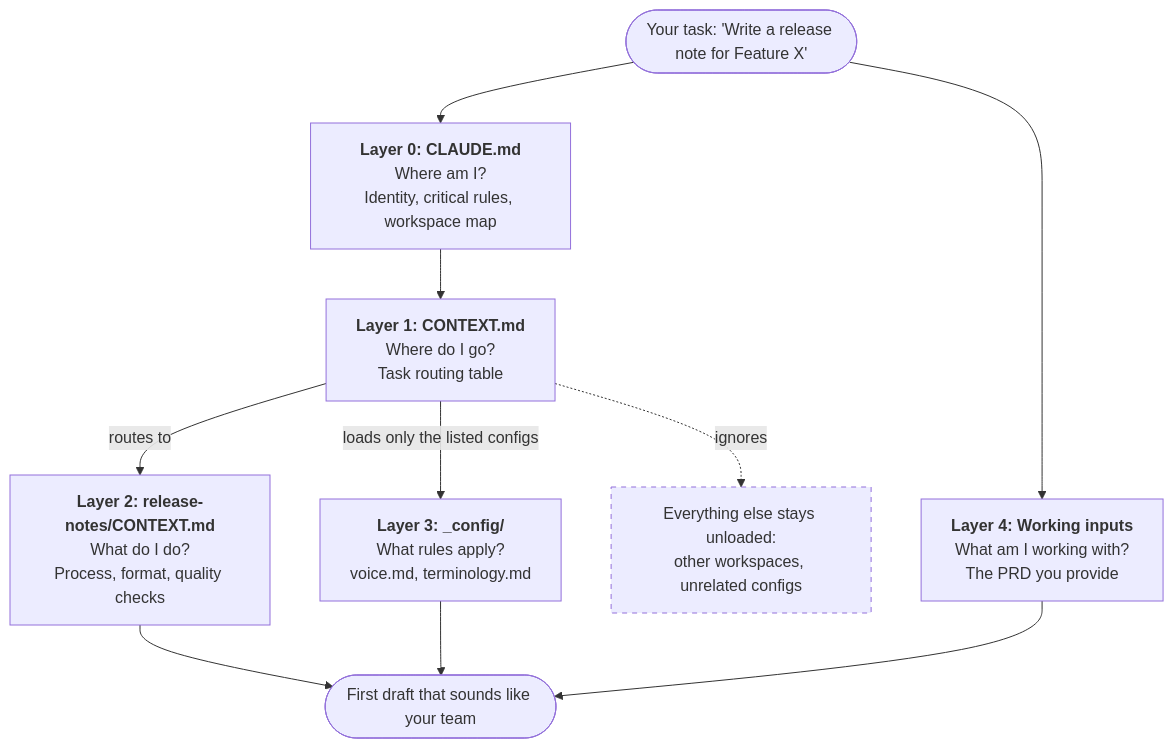
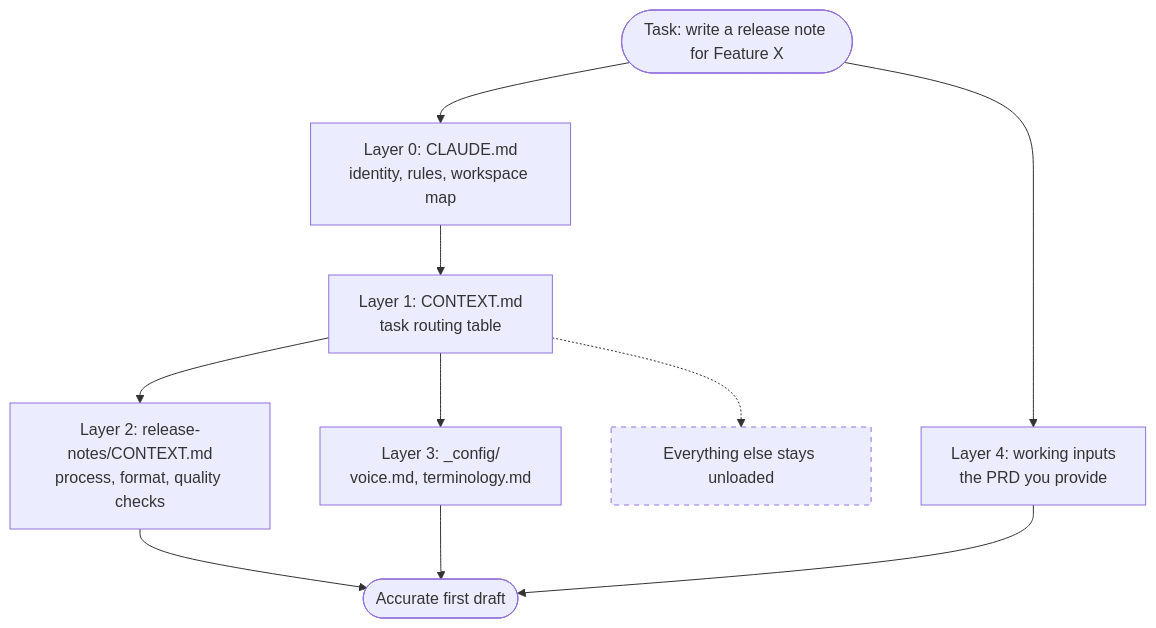
One commit to maggiecopeland0-prog/pmm_folder changed the second of 2 diagrams in README.md. Above: the diagram before and after it, drawn with Mermaid. The commit also changed other lines of this file, not shown here.

First line of the commit message:
Fix diagram rendering, add usage chart, positive reframe, remove em dashes

````diff
--- a/README.md
+++ b/README.md
@@ -107,23 +121,22 @@
 ```mermaid
 flowchart TD
-    TASK(["Your task: 'Write a release note for Feature X'"])
-    L0["<b>Layer 0: CLAUDE.md</b><br/>Where am I?<br/>Identity, critical rules, workspace map"]
-    L1["<b>Layer 1: CONTEXT.md</b><br/>Where do I go?<br/>Task routing table"]
-    L2["<b>Layer 2: release-notes/CONTEXT.md</b><br/>What do I do?<br/>Process, format, quality checks"]
-    L3["<b>Layer 3: _config/</b><br/>What rules apply?<br/>voice.md, terminology.md"]
-    L4["<b>Layer 4: Working inputs</b><br/>What am I working with?<br/>The PRD you provide"]
-    SKIP["Everything else stays unloaded:<br/>other workspaces, unrelated configs"]
-    OUT(["First draft that sounds like your team"])
+    TASK(["Task: write a release note for Feature X"])
+    L0["Layer 0: CLAUDE.md<br/>identity, rules, workspace map"]
+    L1["Layer 1: CONTEXT.md<br/>task routing table"]
+    L2["Layer 2: release-notes/CONTEXT.md<br/>process, format, quality checks"]
+    L3["Layer 3: _config/<br/>voice.md, terminology.md"]
+    L4["Layer 4: working inputs<br/>the PRD you provide"]
+    SKIP["Everything else stays unloaded"]
+    OUT(["Accurate first draft"])
 
-    TASK --> L0
+    TASK --> L0 --> L1
+    L1 --> L2
+    L1 --> L3
+    L1 -.-> SKIP
     TASK --> L4
-    L0 --> L1
-    L1 -->|routes to| L2
-    L1 -->|loads only the listed configs| L3
-    L1 -.->|ignores| SKIP
     L2 --> OUT
     L3 --> OUT
     L4 --> OUT
 
     style SKIP stroke-dasharray: 5 5
 ```
````
